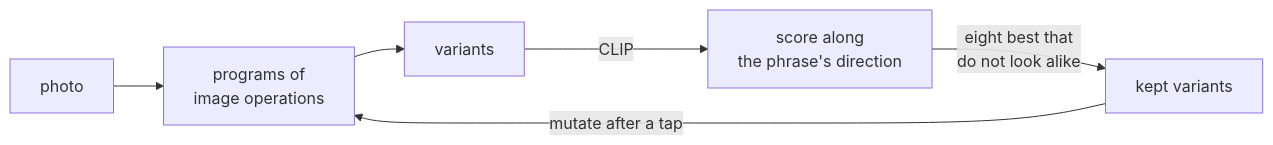
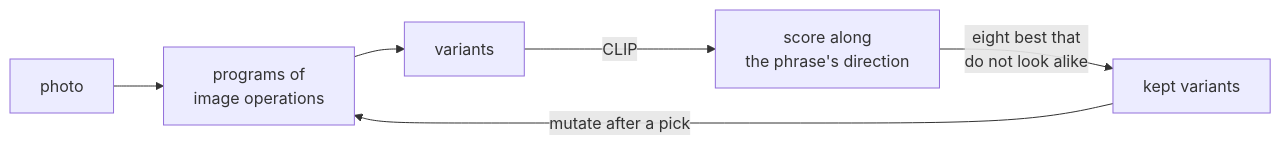
The diagram in README.md (gustavecortal/imagevolve), drawn with Mermaid before and after one commit. The commit also changed other lines of this file and 6 other files, not shown here.

````diff
--- a/README.md
+++ b/README.md
@@ -32,8 +32,8 @@
 ```mermaid
 flowchart LR
   A[photo] --> B[programs of<br/>image operations]
   B --> C[variants]
   C -->|CLIP| D[score along<br/>the phrase's direction]
   D -->|eight best that<br/>do not look alike| E[kept variants]
-  E -->|mutate after a tap| B
+  E -->|mutate after a pick| B
 ```
````
